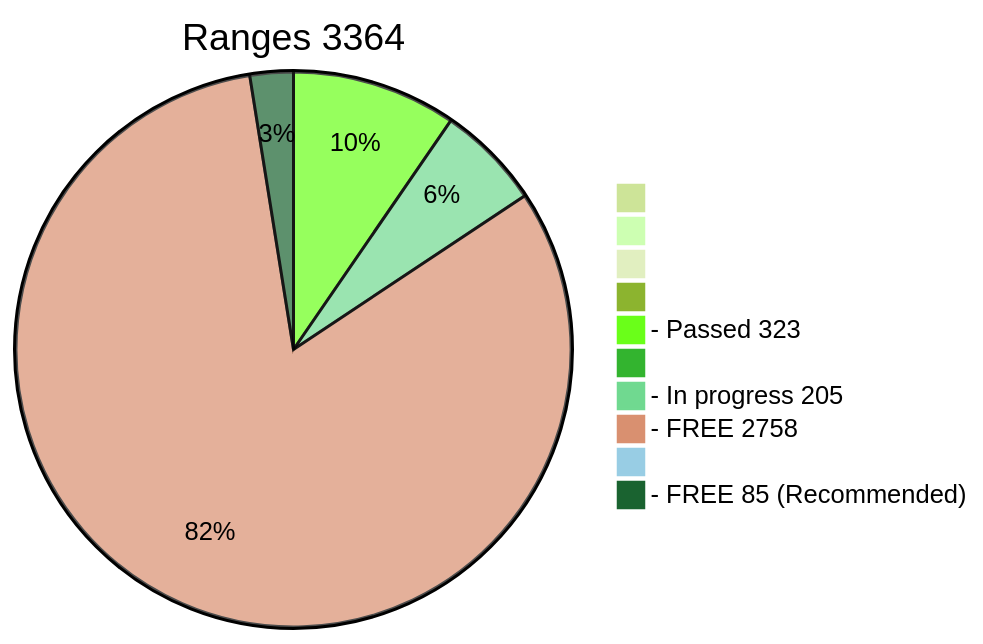
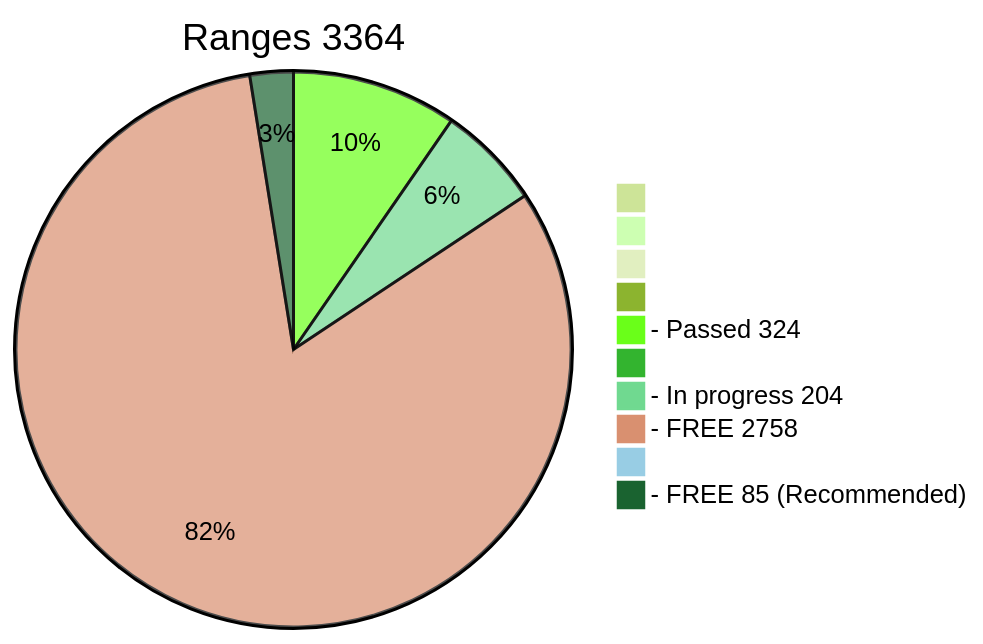
The diagram in x64/Release/table.md (phrutis/wif500), drawn with Mermaid (forest theme) before and after one commit. The commit also changed other lines of this file, not shown here.

````diff
--- a/x64/Release/table.md
+++ b/x64/Release/table.md
@@ -2,13 +2,13 @@
 ```mermaid
 pie title Ranges 3364
   " " : 0
   "  " : 0
   "   " : 0
   "    " : 0
-  "- Passed 323" : 323
+  "- Passed 324" : 324
   "     " : 0
-  "- In progress 205" : 205
+  "- In progress 204" : 204
   "- FREE 2758" : 2758
   "      " : 0
   "- FREE 85 (Recommended)" : 85
 ```
````
